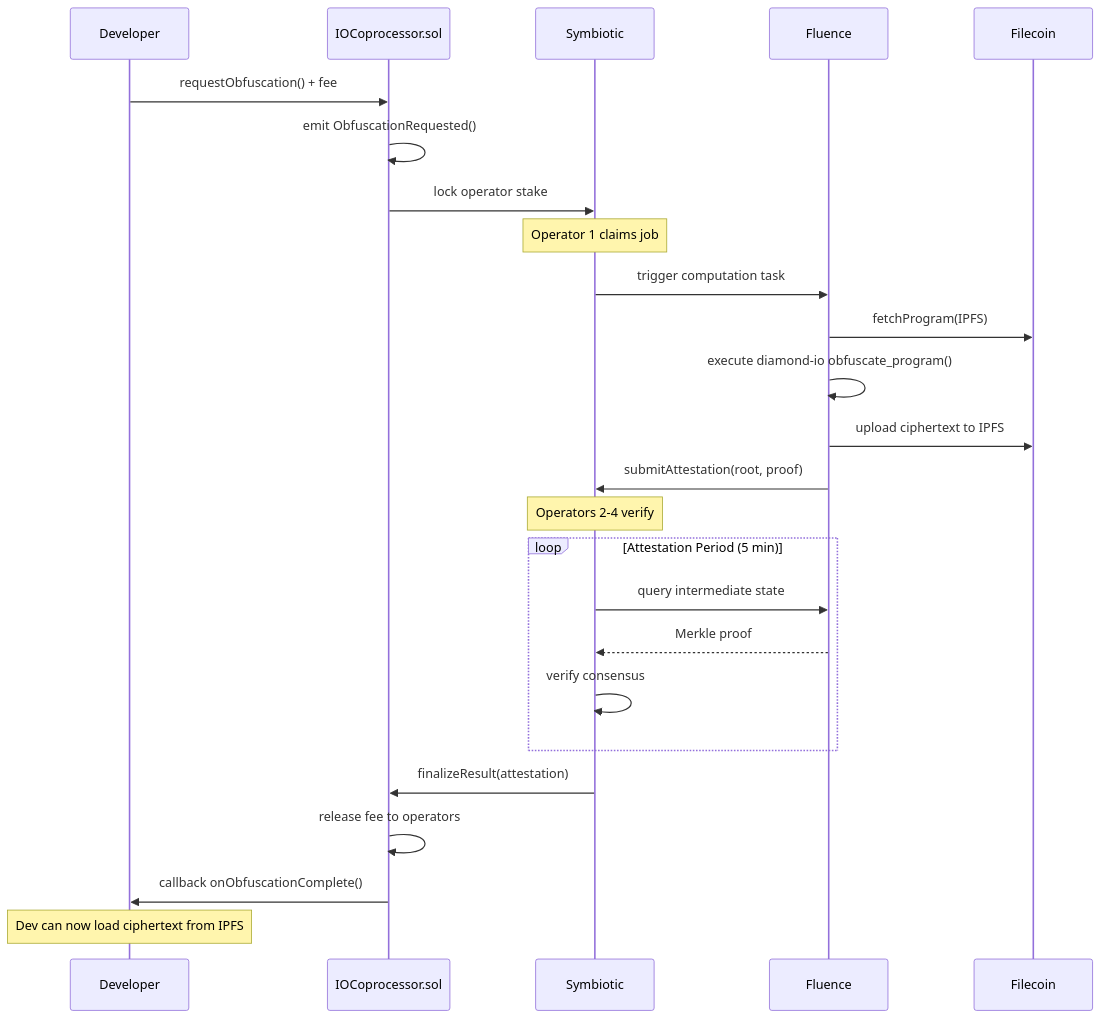
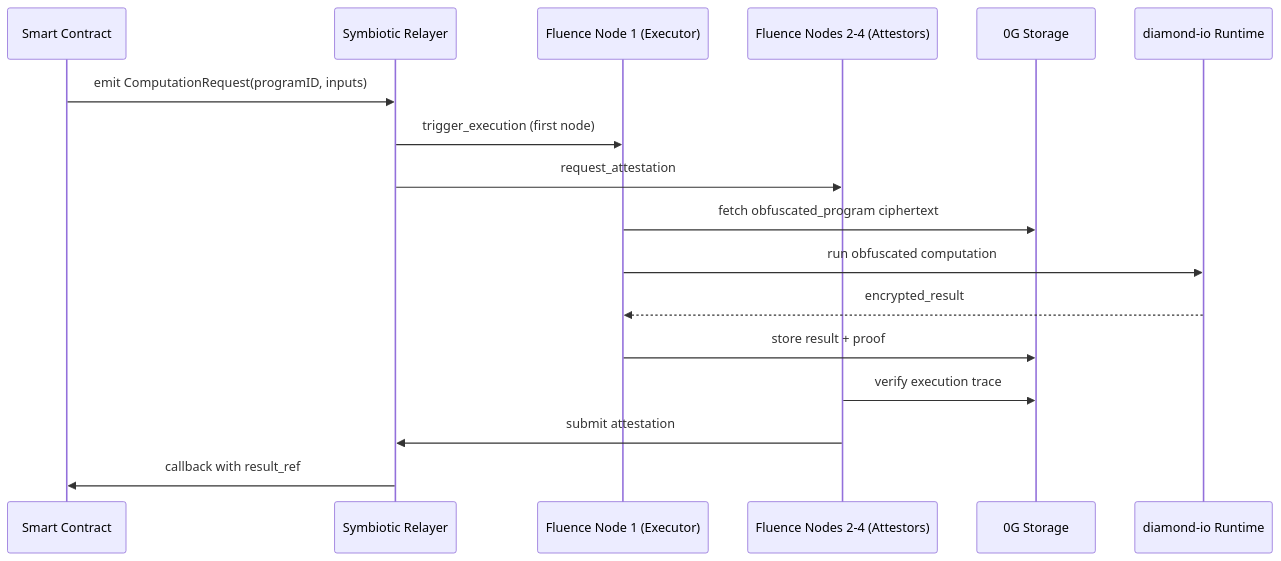
The second of 2 diagrams in spec.md (madschristensen99/openIO), drawn with Mermaid before and after one commit. The commit also changed other lines of this file, not shown here.

````diff
--- a/spec.md
+++ b/spec.md
@@ -284,34 +68,20 @@
 ```mermaid
 sequenceDiagram
-    participant Dev as Developer
-    participant SC as IOCoprocessor.sol
-    participant Sym as Symbiotic
-    participant Flu as Fluence
-    participant FIL as Filecoin
-    
-    Dev->>SC: requestObfuscation() + fee
-    SC->>SC: emit ObfuscationRequested()
-    SC->>Sym: lock operator stake
-    
-    Note over Sym: Operator 1 claims job
-    Sym->>Flu: trigger computation task
-    
-    Flu->>FIL: fetchProgram(IPFS)
-    Flu->>Flu: execute diamond-io obfuscate_program()
-    Flu->>FIL: upload ciphertext to IPFS
-    
-    Flu->>Sym: submitAttestation(root, proof)
-    
-    Note over Sym: Operators 2-4 verify
-    loop Attestation Period (5 min)
-        Sym->>Flu: query intermediate state
-        Flu-->>Sym: Merkle proof
-        Sym->>Sym: verify consensus
-    end
-    
-    Sym->>SC: finalizeResult(attestation)
-    SC->>SC: release fee to operators
-    SC->>Dev: callback onObfuscationComplete()
-    
-    Note over Dev: Dev can now load ciphertext from IPFS
+    participant SC as Smart Contract
+    participant SY as Symbiotic Relayer
+    participant F as Fluence Node 1 (Executor)
+    participant FA as Fluence Nodes 2-4 (Attestors)
+    participant ZG as 0G Storage
+    participant DI as diamond-io Runtime
+
+    SC->>SY: emit ComputationRequest(programID, inputs)
+    SY->>F: trigger_execution (first node)
+    SY->>FA: request_attestation
+    F->>ZG: fetch obfuscated_program ciphertext
+    F->>DI: run obfuscated computation
+    DI-->>F: encrypted_result
+    F->>ZG: store result + proof
+    FA->>ZG: verify execution trace
+    FA->>SY: submit attestation
+    SY->>SC: callback with result_ref
 ```
````
